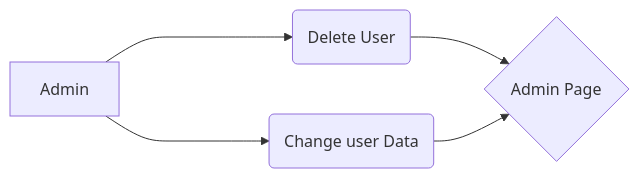
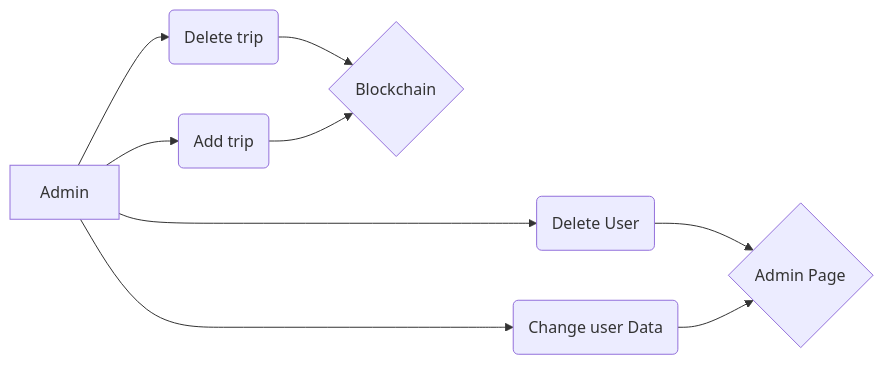
One commit to FJ-Riveros/CryptoAway changed the first of 2 diagrams in README.md. Above: the diagram before and after it, drawn with Mermaid. The commit also changed other lines of this file, not shown here.

````diff
--- a/README.md
+++ b/README.md
@@ -217,7 +217,11 @@
 ```mermaid
 graph LR
 A[Admin] ----> B(Delete User)
 A --> C(Change user Data)
 B --> D{Admin Page}
 C --> D
+A --> E(Delete trip)
+A --> F(Add trip)
+E --> G{Blockchain}
+F --> G
 ```
````
